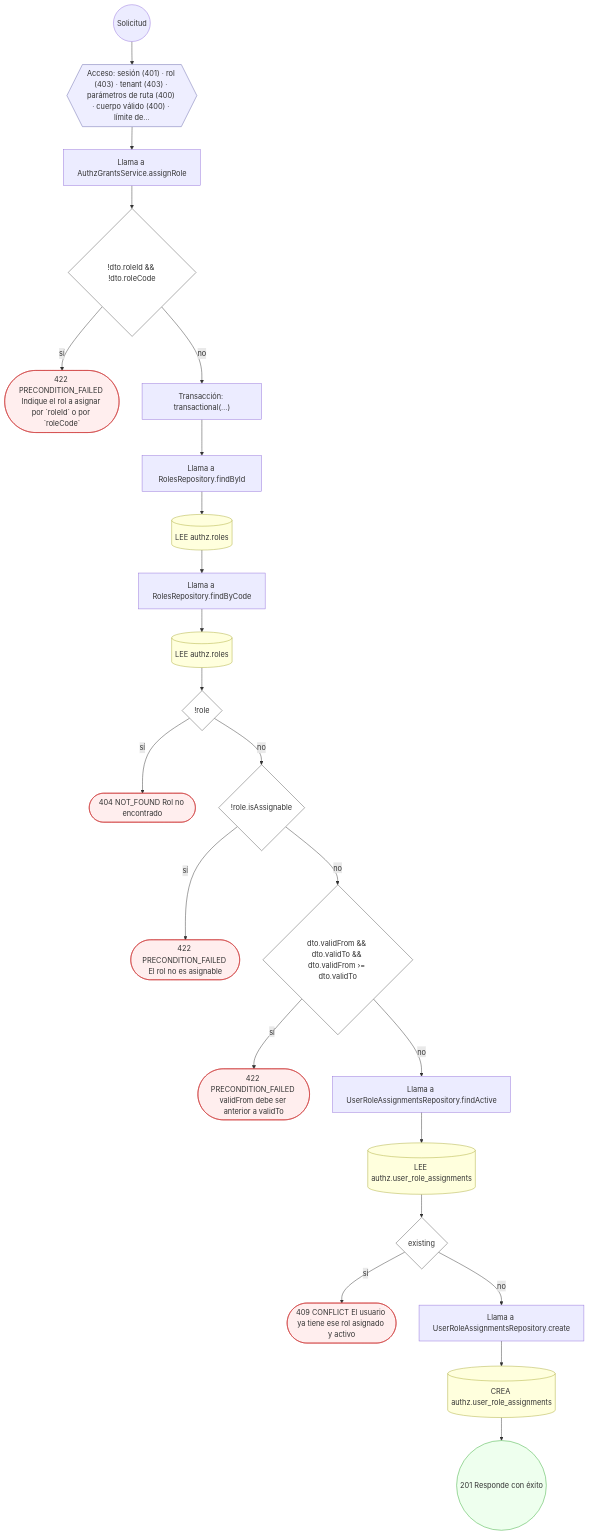
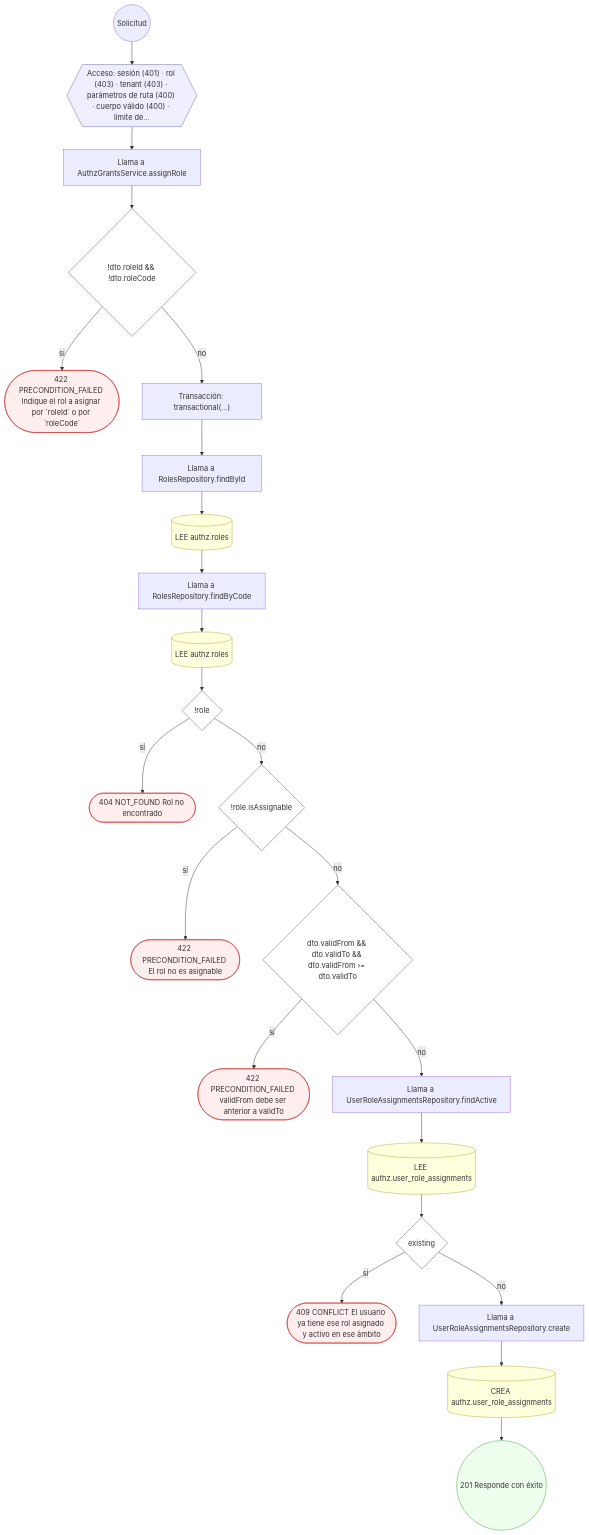
One commit to mdavila-2001/mantra-core-health-api changed diagram 25 of 25 in docs/inventario/flujos/authz.md. Above: the diagram before and after it, drawn with Mermaid. The commit also changed other lines of this file and 451 other files, not shown here.

````diff
--- a/docs/inventario/flujos/authz.md
+++ b/docs/inventario/flujos/authz.md
@@ -1279,54 +1793,54 @@
 ```mermaid
 flowchart TD
   n1(("Solicitud")):::inicio
   n2{{"Acceso: sesión (401) · rol (403) · tenant (403) · parámetros de ruta (400) · cuerpo válido (400) · límite de…"}}:::acceso
   n1 --> n2
   n3["Llama a AuthzGrantsService.assignRole"]:::llamada
   n2 --> n3
   n4{"!dto.roleId && !dto.roleCode"}:::decision
   n3 --> n4
   n5(["422 PRECONDITION_FAILED Indique el rol a asignar por `roleId` o por `roleCode`"]):::error
   n4 -->|"sí"| n5
   n6["Transacción: transactional(…)"]:::transaccion
   n4 -->|"no"| n6
   n7["Llama a RolesRepository.findById"]:::llamada
   n6 --> n7
   n8[("LEE authz.roles")]:::efecto
   n7 --> n8
   n9["Llama a RolesRepository.findByCode"]:::llamada
   n8 --> n9
   n10[("LEE authz.roles")]:::efecto
   n9 --> n10
   n11{"!role"}:::decision
   n10 --> n11
   n12(["404 NOT_FOUND Rol no encontrado"]):::error
   n11 -->|"sí"| n12
   n13{"!role.isAssignable"}:::decision
   n11 -->|"no"| n13
   n14(["422 PRECONDITION_FAILED El rol no es asignable"]):::error
   n13 -->|"sí"| n14
   n15{"dto.validFrom && dto.validTo && dto.validFrom ›= dto.validTo"}:::decision
   n13 -->|"no"| n15
   n16(["422 PRECONDITION_FAILED validFrom debe ser anterior a validTo"]):::error
   n15 -->|"sí"| n16
   n17["Llama a UserRoleAssignmentsRepository.findActive"]:::llamada
   n15 -->|"no"| n17
   n18[("LEE authz.user_role_assignments")]:::efecto
   n17 --> n18
   n19{"existing"}:::decision
   n18 --> n19
-  n20(["409 CONFLICT El usuario ya tiene ese rol asignado y activo"]):::error
+  n20(["409 CONFLICT El usuario ya tiene ese rol asignado y activo en ese ámbito"]):::error
   n19 -->|"sí"| n20
   n21["Llama a UserRoleAssignmentsRepository.create"]:::llamada
   n19 -->|"no"| n21
   n22[("CREA authz.user_role_assignments")]:::efecto
   n21 --> n22
   n23(("201 Responde con éxito")):::ok
   n22 --> n23
   classDef acceso fill:#eef,stroke:#66a
   classDef error fill:#fee,stroke:#c33
   classDef ok fill:#efe,stroke:#3a3
   classDef efecto fill:#ffd,stroke:#aa3
   classDef decision fill:#fff,stroke:#555
   classDef corte fill:#eee,stroke:#999,stroke-dasharray: 4
 ```
````
